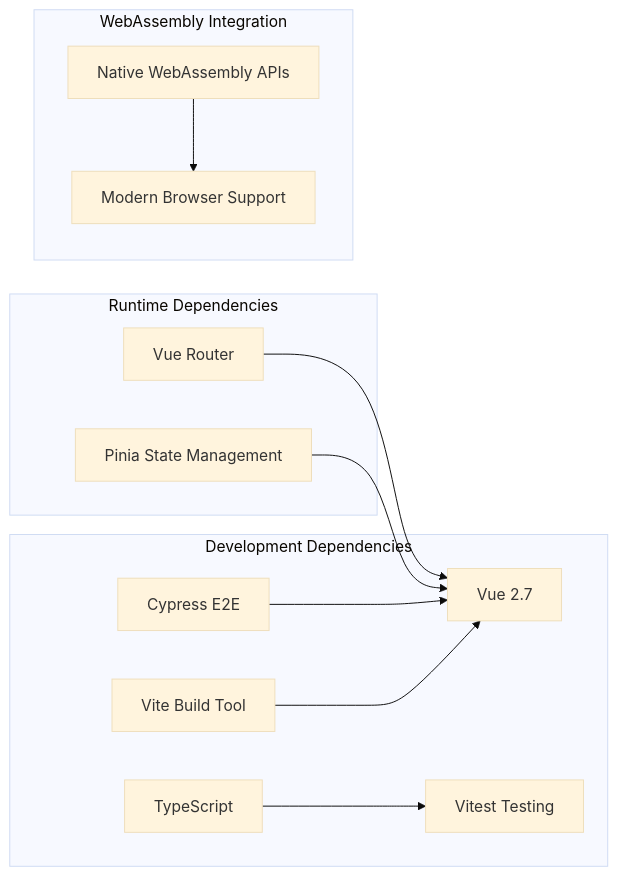
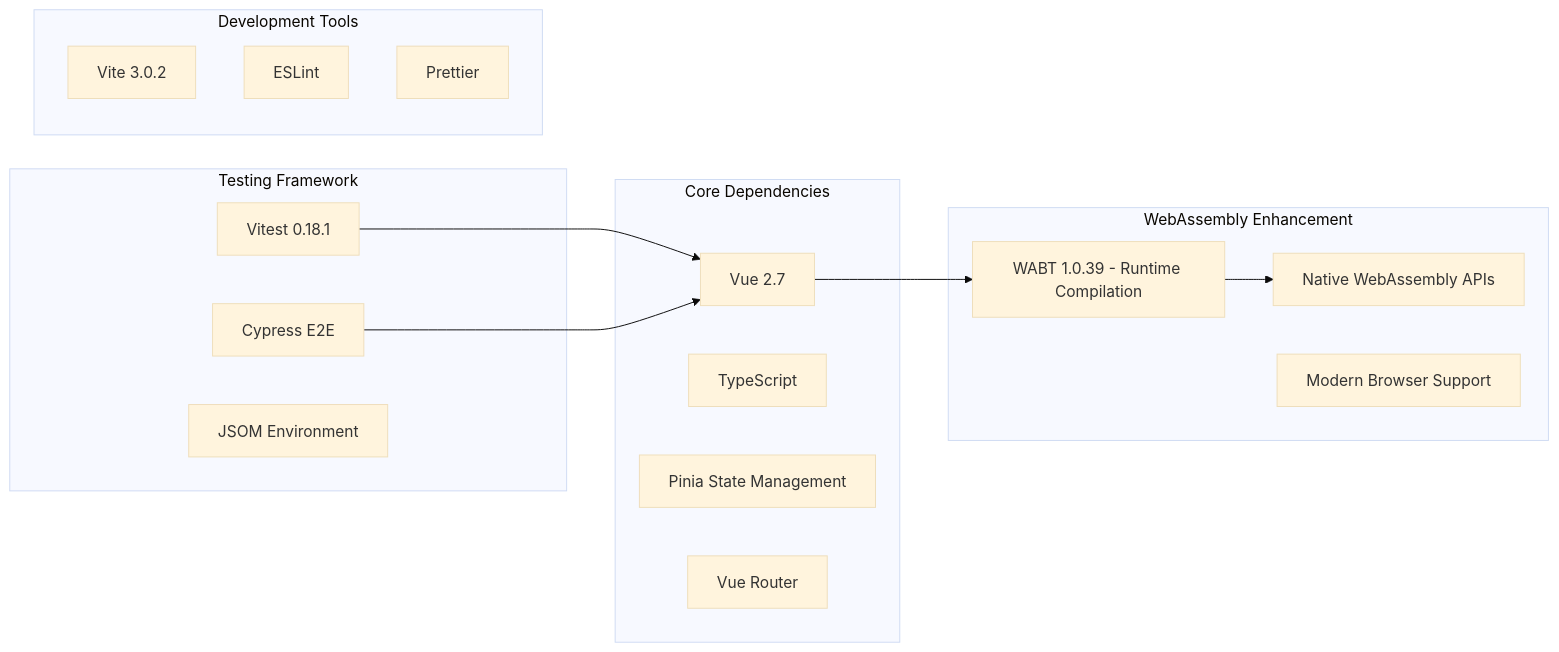
The fourth of 4 diagrams in .qoder/repowiki/en/content/Interactive Applications/WebAssembly Arithmetic Calculator.md (adminfyy/adminfyy.github.io), drawn with Mermaid (base theme) before and after one commit. The commit also changed other lines of this file and 34 other files, not shown here.

````diff
--- a/.qoder/repowiki/en/content/Interactive Applications/WebAssembly Arithmetic Calculator.md
+++ b/.qoder/repowiki/en/content/Interactive Applications/WebAssembly Arithmetic Calculator.md
@@ -182,24 +449,28 @@
 ```mermaid
 graph LR
-subgraph "Development Dependencies"
-Vite[Vite Build Tool]
-Vue2[Vue 2.7]
+subgraph "Core Dependencies"
+Vue[Vue 2.7]
 TypeScript[TypeScript]
-Vitest[Vitest Testing]
-Cypress[Cypress E2E]
-end
-subgraph "Runtime Dependencies"
 Pinia[Pinia State Management]
 Router[Vue Router]
 end
-subgraph "WebAssembly Integration"
+subgraph "WebAssembly Enhancement"
+WABT[WABT 1.0.39 - Runtime Compilation]
 WebAssembly[Native WebAssembly APIs]
 Browser[Modern Browser Support]
 end
-Vite --> Vue2
-TypeScript --> Vitest
-Cypress --> Vue2
-Pinia --> Vue2
-Router --> Vue2
-WebAssembly --> Browser
+subgraph "Testing Framework"
+Vitest[Vitest 0.18.1]
+Cypress[Cypress E2E]
+JSOM[JSOM Environment]
+end
+subgraph "Development Tools"
+Vite[Vite 3.0.2]
+ESLint[ESLint]
+Prettier[Prettier]
+end
+Vue --> WABT
+WABT --> WebAssembly
+Vitest --> Vue
+Cypress --> Vue
 ```
````
